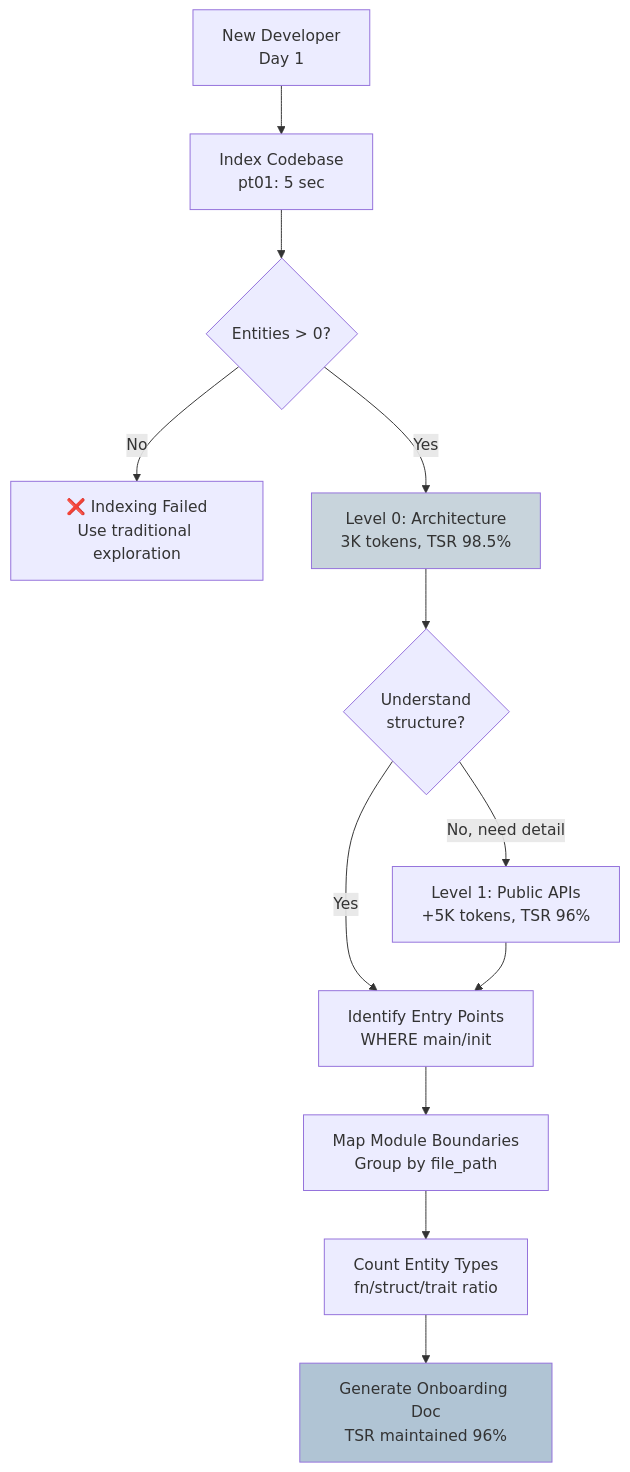
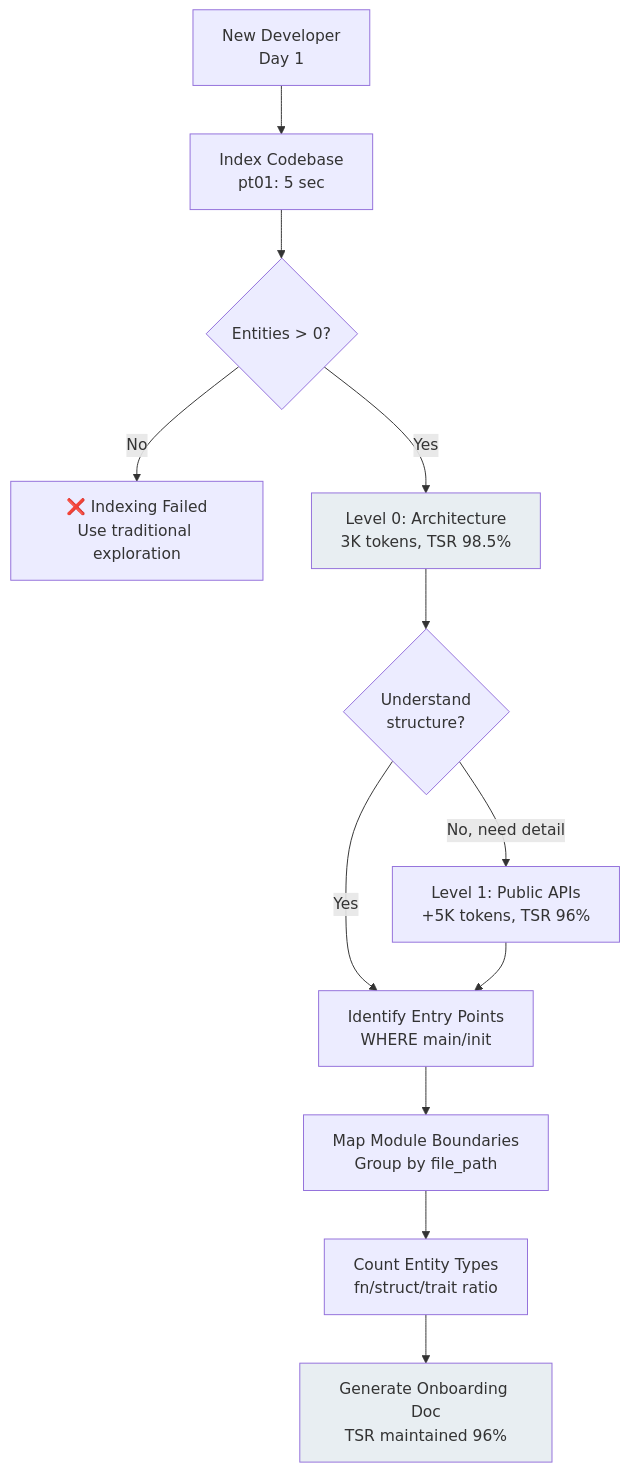
Before and after one commit to that-in-rust/parseltongue: the third of 8 diagrams in .claude/parseltongue-ultrathink.md, drawn with Mermaid. The commit also changed other lines of this file, not shown here.

````diff
--- a/.claude/parseltongue-ultrathink.md
+++ b/.claude/parseltongue-ultrathink.md
@@ -164,17 +164,17 @@
   ```mermaid
   flowchart TD
       A[New Developer<br/>Day 1] --> B[Index Codebase<br/>pt01: 5 sec]
       B --> C{Entities > 0?}
       C -->|No| FAIL[❌ Indexing Failed<br/>Use traditional exploration]
       C -->|Yes| D[Level 0: Architecture<br/>3K tokens, TSR 98.5%]
       D --> E{Understand<br/>structure?}
       E -->|No, need detail| F[Level 1: Public APIs<br/>+5K tokens, TSR 96%]
       E -->|Yes| G[Identify Entry Points<br/>WHERE main/init]
       F --> G
       G --> H[Map Module Boundaries<br/>Group by file_path]
       H --> I[Count Entity Types<br/>fn/struct/trait ratio]
       I --> J[Generate Onboarding Doc<br/>TSR maintained 96%]
 
-      style D fill:#C8D4DC
-      style J fill:#B0C4D4
+      style D fill:#E8EEF2
+      style J fill:#E8EEF2
   ```
````
